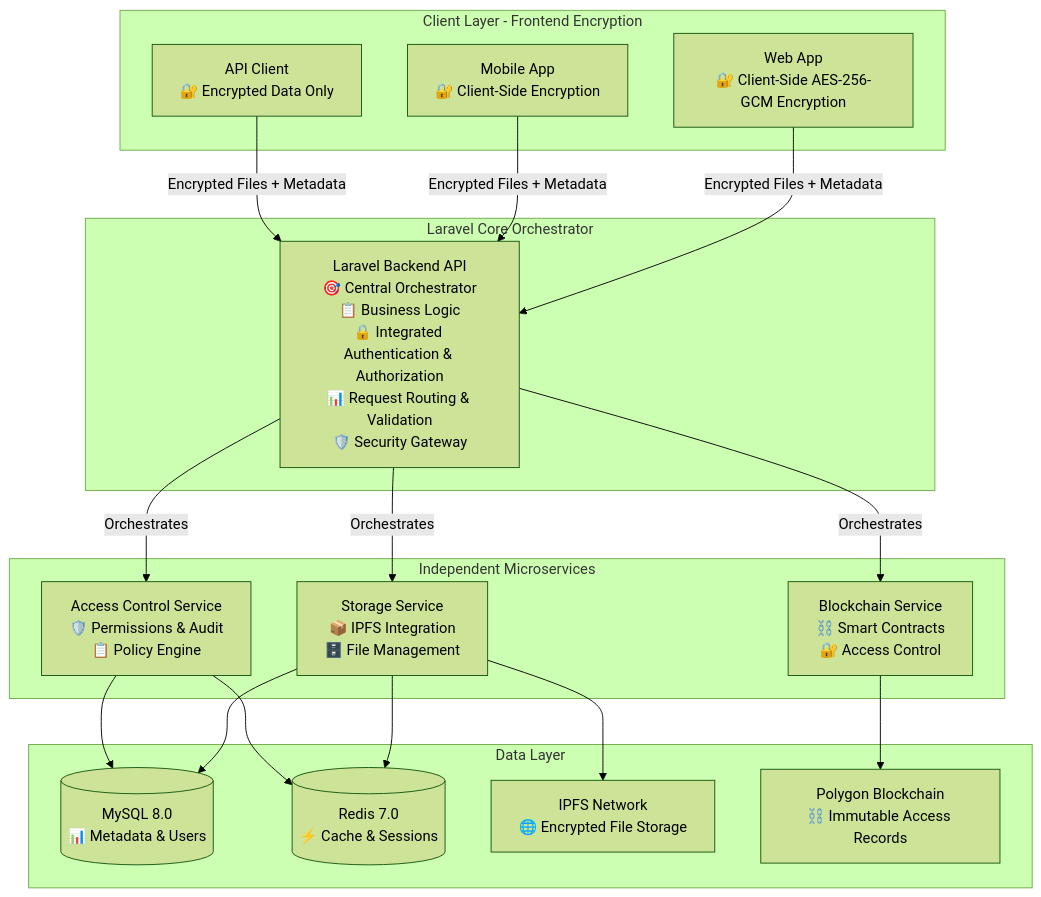
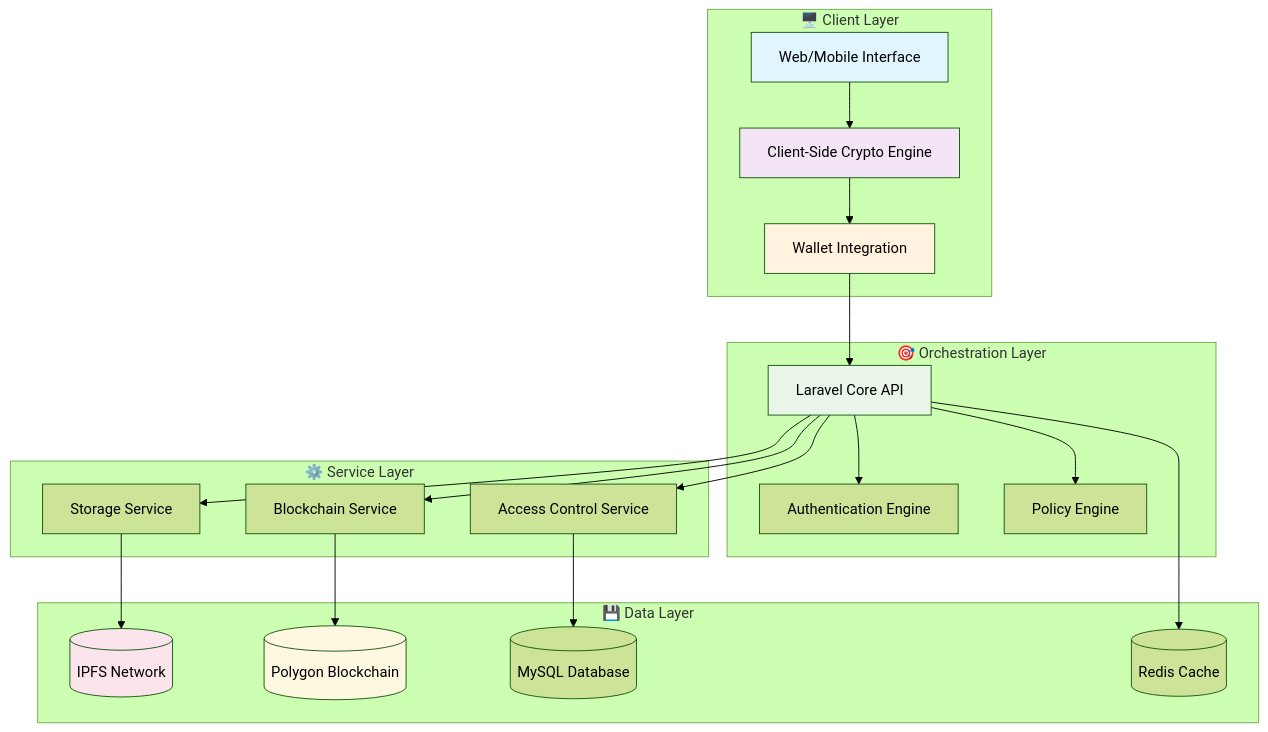
The first of 12 diagrams in README.md (MossabMilha/OM-VaultChain), drawn with Mermaid (forest theme) before and after one commit. The commit also changed other lines of this file, not shown here.

````diff
--- a/README.md
+++ b/README.md
@@ -118,40 +50,47 @@
 ```mermaid
 graph TB
-    subgraph "Client Layer - Frontend Encryption"
-        WEB[Web App<br/>🔐 Client-Side AES-256-GCM Encryption]
-        MOBILE[Mobile App<br/>🔐 Client-Side Encryption]
-        API_CLIENT[API Client<br/>🔐 Encrypted Data Only]
+    subgraph "🖥️ Client Layer"
+        UI[Web/Mobile Interface]
+        CRYPTO[Client-Side Crypto Engine]
+        WALLET[Wallet Integration]
     end
 
-    subgraph "Laravel Core Orchestrator"
-        LARAVEL[Laravel Backend API<br/>🎯 Central Orchestrator<br/>📋 Business Logic<br/>🔒 Integrated Authentication & Authorization<br/>📊 Request Routing & Validation<br/>🛡️ Security Gateway]
+    subgraph "🎯 Orchestration Layer"
+        API[Laravel Core API]
+        AUTH[Authentication Engine]
+        POLICY[Policy Engine]
     end
 
-    subgraph "Independent Microservices"
-        STORAGE[Storage Service<br/>📦 IPFS Integration<br/>🗄️ File Management]
-        BLOCKCHAIN[Blockchain Service<br/>⛓️ Smart Contracts<br/>🔐 Access Control]
-        ACCESS[Access Control Service<br/>🛡️ Permissions & Audit<br/>📋 Policy Engine]
+    subgraph "⚙️ Service Layer"
+        STORAGE[Storage Service]
+        BLOCKCHAIN[Blockchain Service]
+        ACCESS[Access Control Service]
     end
 
-    subgraph "Data Layer"
-        MYSQL[(MySQL 8.0<br/>📊 Metadata & Users)]
-        REDIS[(Redis 7.0<br/>⚡ Cache & Sessions)]
-        IPFS[IPFS Network<br/>🌐 Encrypted File Storage]
-        POLYGON[Polygon Blockchain<br/>⛓️ Immutable Access Records]
+    subgraph "💾 Data Layer"
+        IPFS[(IPFS Network)]
+        POLYGON[(Polygon Blockchain)]
+        MYSQL[(MySQL Database)]
+        REDIS[(Redis Cache)]
     end
 
-    WEB -->|Encrypted Files + Metadata| LARAVEL
-    MOBILE -->|Encrypted Files + Metadata| LARAVEL
-    API_CLIENT -->|Encrypted Files + Metadata| LARAVEL
-
-    LARAVEL -->|Orchestrates| STORAGE
-    LARAVEL -->|Orchestrates| BLOCKCHAIN
-    LARAVEL -->|Orchestrates| ACCESS
-
-    STORAGE --> MYSQL
-    STORAGE --> REDIS
+    UI --> CRYPTO
+    CRYPTO --> WALLET
+    WALLET --> API
+    API --> AUTH
+    API --> POLICY
+    API --> STORAGE
+    API --> BLOCKCHAIN
+    API --> ACCESS
     STORAGE --> IPFS
     BLOCKCHAIN --> POLYGON
     ACCESS --> MYSQL
-    ACCESS --> REDIS
+    API --> REDIS
+
+    style UI fill:#e1f5fe
+    style CRYPTO fill:#f3e5f5
+    style WALLET fill:#fff3e0
+    style API fill:#e8f5e8
+    style IPFS fill:#fce4ec
+    style POLYGON fill:#fff8e1
 ```
````
